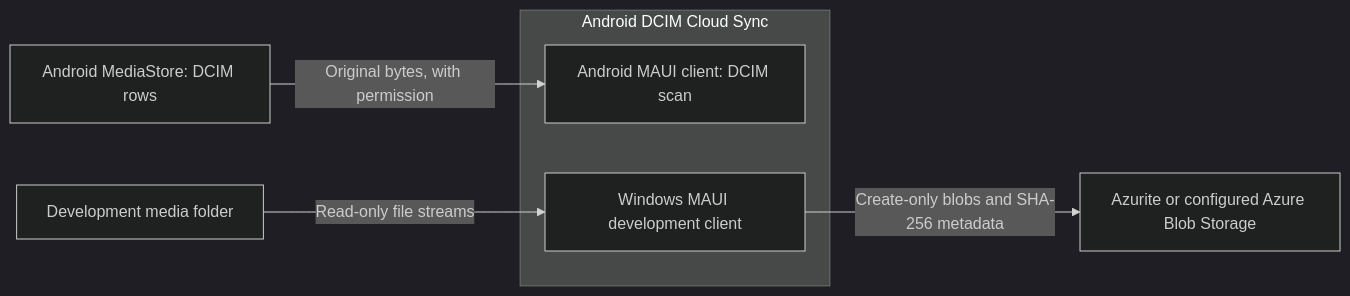
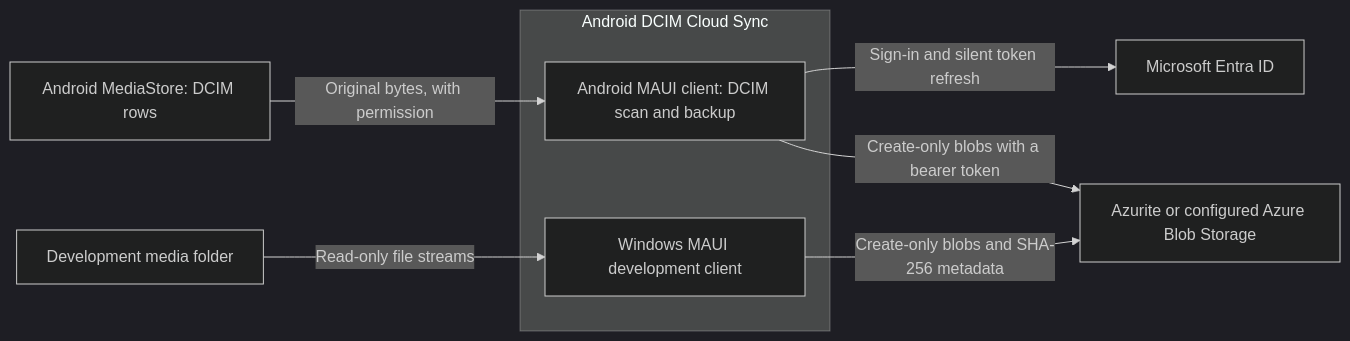
Before and after one commit to f2calv/android-dcim-cloud-sync: the first of 3 diagrams in docs/architecture.md, drawn with Mermaid (dark theme). The commit also changed other lines of this file and 38 other files, not shown here.

First line of the commit message:
feat(android): back up with Microsoft Entra sign-in

````diff
--- a/docs/architecture.md
+++ b/docs/architecture.md
@@ -9,10 +9,12 @@
 ```mermaid
 flowchart LR
     subgraph Application["Android DCIM Cloud Sync"]
-        Android["Android MAUI client: DCIM scan"]
+        Android["Android MAUI client: DCIM scan and backup"]
         Windows["Windows MAUI development client"]
     end
     MediaStore["Android MediaStore: DCIM rows"] -->|Original bytes, with permission| Android
     Folder["Development media folder"] -->|Read-only file streams| Windows
     Windows -->|Create-only blobs and SHA-256 metadata| Storage["Azurite or configured Azure Blob Storage"]
+    Android -->|Sign-in and silent token refresh| Entra["Microsoft Entra ID"]
+    Android -->|Create-only blobs with a bearer token| Storage
 ```
````
